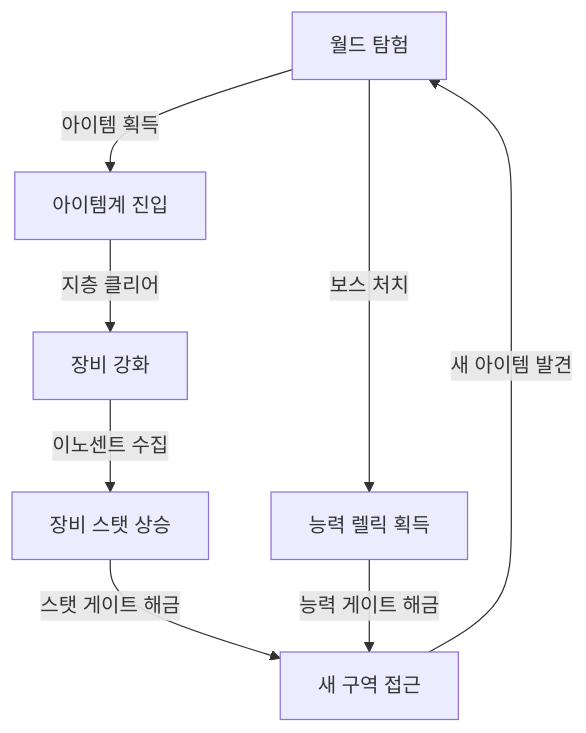
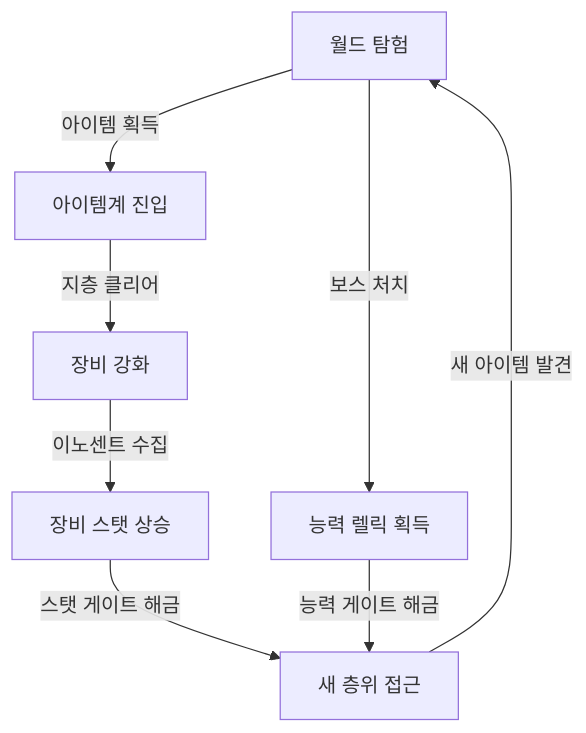
One commit to Biskraft/ProjectAbyss changed the second of 2 diagrams in Documents/Terms/Project_Vision_Abyss.md. Above: the diagram before and after it, drawn with Mermaid. The commit also changed other lines of this file and 20 other files, not shown here.

````diff
--- a/Documents/Terms/Project_Vision_Abyss.md
+++ b/Documents/Terms/Project_Vision_Abyss.md
@@ -128,11 +128,11 @@
 ```mermaid
 graph TD
     A[월드 탐험] -->|아이템 획득| B[아이템계 진입]
     B -->|지층 클리어| C[장비 강화]
     C -->|이노센트 수집| D[장비 스탯 상승]
-    D -->|스탯 게이트 해금| E[새 구역 접근]
+    D -->|스탯 게이트 해금| E[새 층위 접근]
     E -->|새 아이템 발견| A
 
     A -->|보스 처치| F[능력 렐릭 획득]
     F -->|능력 게이트 해금| E
 ```
````
